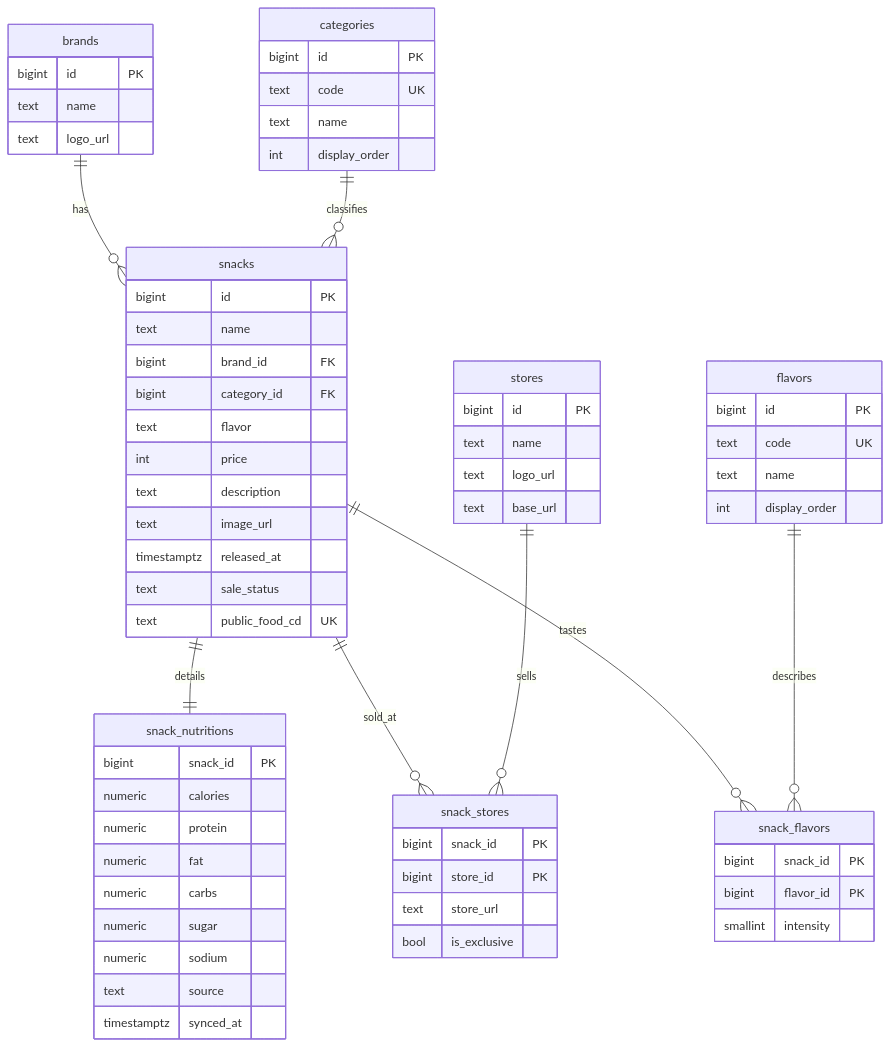
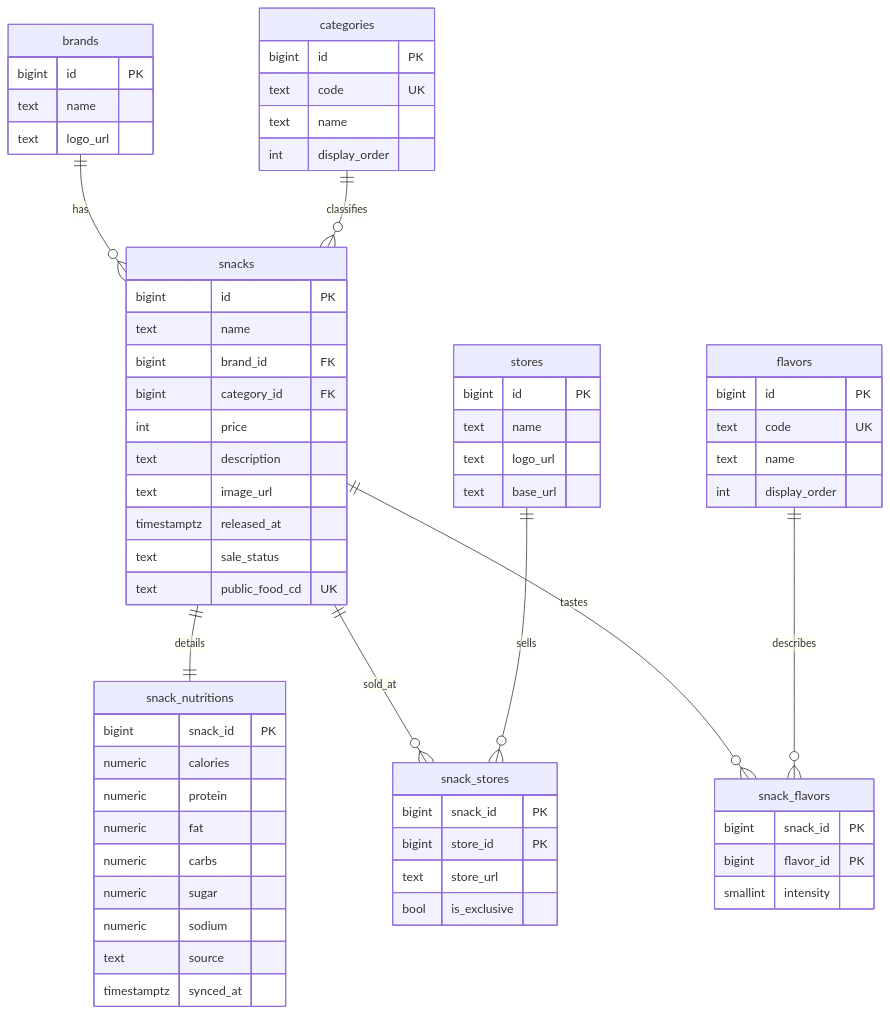
One commit to bananana0118/snack-dict changed the diagram in docs/schma.md. Above: the diagram before and after it, drawn with Mermaid. The commit also changed 10 other files, not shown here.

````diff
--- a/docs/schma.md
+++ b/docs/schma.md
@@ -14,69 +14,68 @@
 ```mermaid
 erDiagram
   brands ||--o{ snacks : has
   categories ||--o{ snacks : classifies
   snacks ||--|| snack_nutritions : details
   snacks ||--o{ snack_stores : sold_at
   stores ||--o{ snack_stores : sells
   snacks ||--o{ snack_flavors : tastes
   flavors ||--o{ snack_flavors : describes
 
   brands {
     bigint id PK
     text name
     text logo_url
   }
   stores {
     bigint id PK
     text name
     text logo_url
     text base_url
   }
   categories {
     bigint id PK
     text code UK
     text name
     int display_order
   }
   flavors {
     bigint id PK
     text code UK
     text name
     int display_order
   }
   snacks {
     bigint id PK
     text name
     bigint brand_id FK
     bigint category_id FK
-    text flavor
     int price
     text description
     text image_url
     timestamptz released_at
     text sale_status
     text public_food_cd UK
   }
   snack_nutritions {
     bigint snack_id PK
     numeric calories
     numeric protein
     numeric fat
     numeric carbs
     numeric sugar
     numeric sodium
     text source
     timestamptz synced_at
   }
   snack_stores {
     bigint snack_id PK
     bigint store_id PK
     text store_url
     bool is_exclusive
   }
   snack_flavors {
     bigint snack_id PK
     bigint flavor_id PK
     smallint intensity
   }
 ```
````
